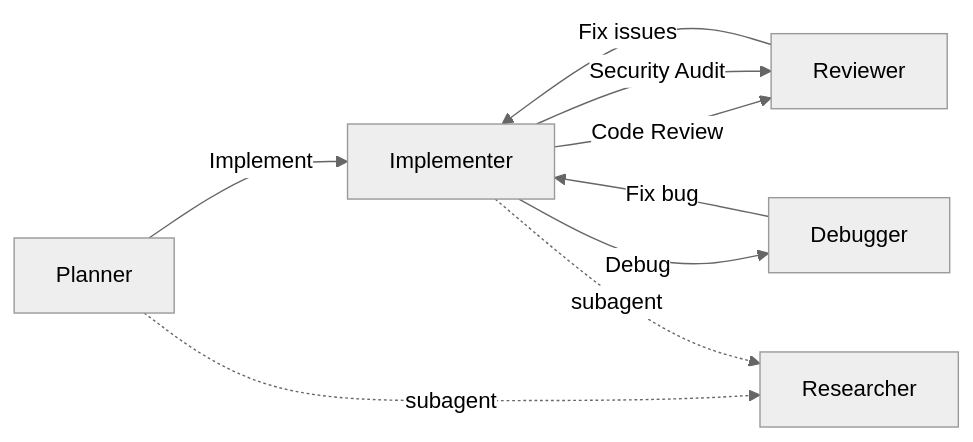
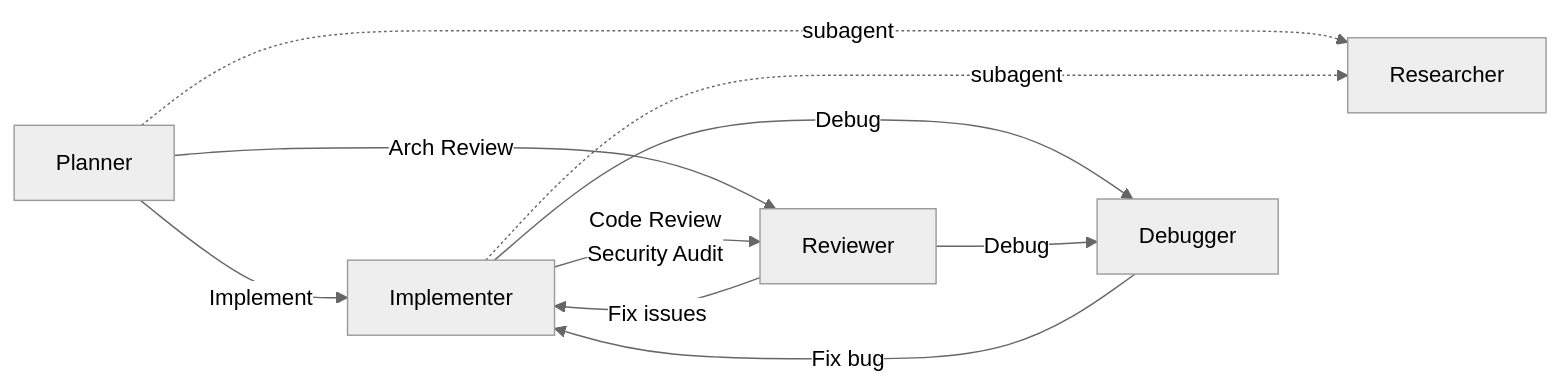
The second of 2 diagrams in README.md (zexion7873/copilot-setting), drawn with Mermaid (neutral theme) before and after one commit. The commit also changed other lines of this file and 6 other files, not shown here.

````diff
--- a/README.md
+++ b/README.md
@@ -127,12 +127,16 @@
 ```mermaid
 flowchart LR
     Planner -->|"Implement"| Implementer
-    Implementer -->|"Code Review"| Reviewer
-    Implementer -->|"Security Audit"| Reviewer
+    Planner -->|"Arch Review"| Reviewer
+
+    Implementer -->|"Code Review <br/>Security Audit"| Reviewer
     Reviewer -->|"Fix issues"| Implementer
+
     Implementer -->|"Debug"| Debugger
+    Reviewer -->|"Debug"| Debugger
     Debugger -->|"Fix bug"| Implementer
 
-    Planner -.->|"subagent"| Researcher
-    Implementer -.->|"subagent"| Researcher
+    Planner -.->|subagent| Researcher:::muted
+    Implementer -.->|subagent| Researcher
+    Debugger ~~~ Researcher
 ```
````
